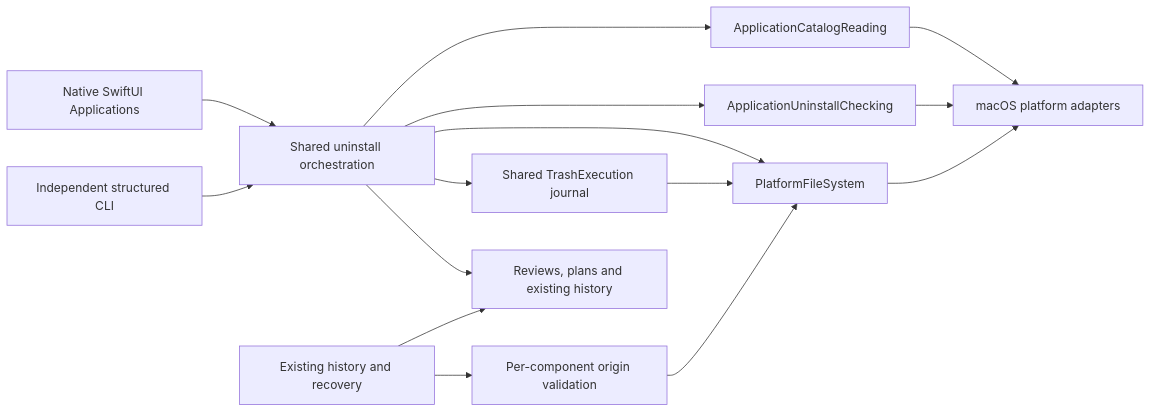
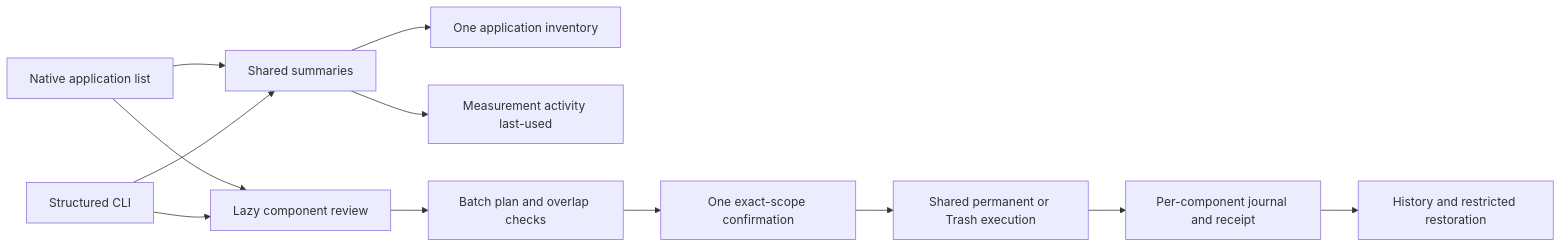
The first of 3 diagrams in docs/product/application-uninstall.md (limecloud/shou), drawn with Mermaid before and after one commit. The commit also changed other lines of this file and 117 other files, not shown here.

````diff
--- a/docs/product/application-uninstall.md
+++ b/docs/product/application-uninstall.md
@@ -38,17 +43,14 @@
 ```mermaid
 flowchart LR
-    Desktop[Native SwiftUI Applications] --> Engine[Shared uninstall orchestration]
-    CLI[Independent structured CLI] --> Engine
-    Engine --> Catalog[ApplicationCatalogReading]
-    Engine --> Evidence[ApplicationUninstallChecking]
-    Engine --> FS[PlatformFileSystem]
-    Engine --> Journal[Shared TrashExecution journal]
-    Journal --> FS
-    Catalog --> Native[macOS platform adapters]
-    Evidence --> Native
-    FS --> Native
-    Engine --> Store[Reviews, plans and existing history]
-    History[Existing history and recovery] --> Store
-    History --> Origins[Per-component origin validation]
-    Origins --> FS
+  Desktop[Native application list] --> Summary[Shared summaries]
+  CLI[Structured CLI] --> Summary
+  Summary --> Catalog[One application inventory]
+  Summary --> Platform[Measurement activity last-used]
+  Desktop --> Review[Lazy component review]
+  CLI --> Review
+  Review --> Batch[Batch plan and overlap checks]
+  Batch --> Confirm[One exact-scope confirmation]
+  Confirm --> Execute[Shared permanent or Trash execution]
+  Execute --> Journal[Per-component journal and receipt]
+  Journal --> History[History and restricted restoration]
 ```
````
